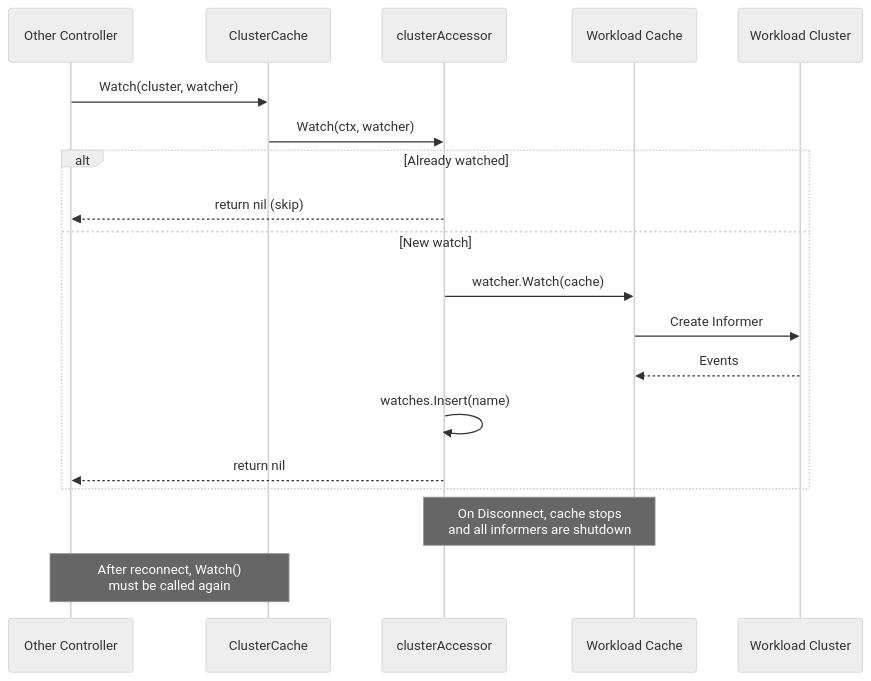
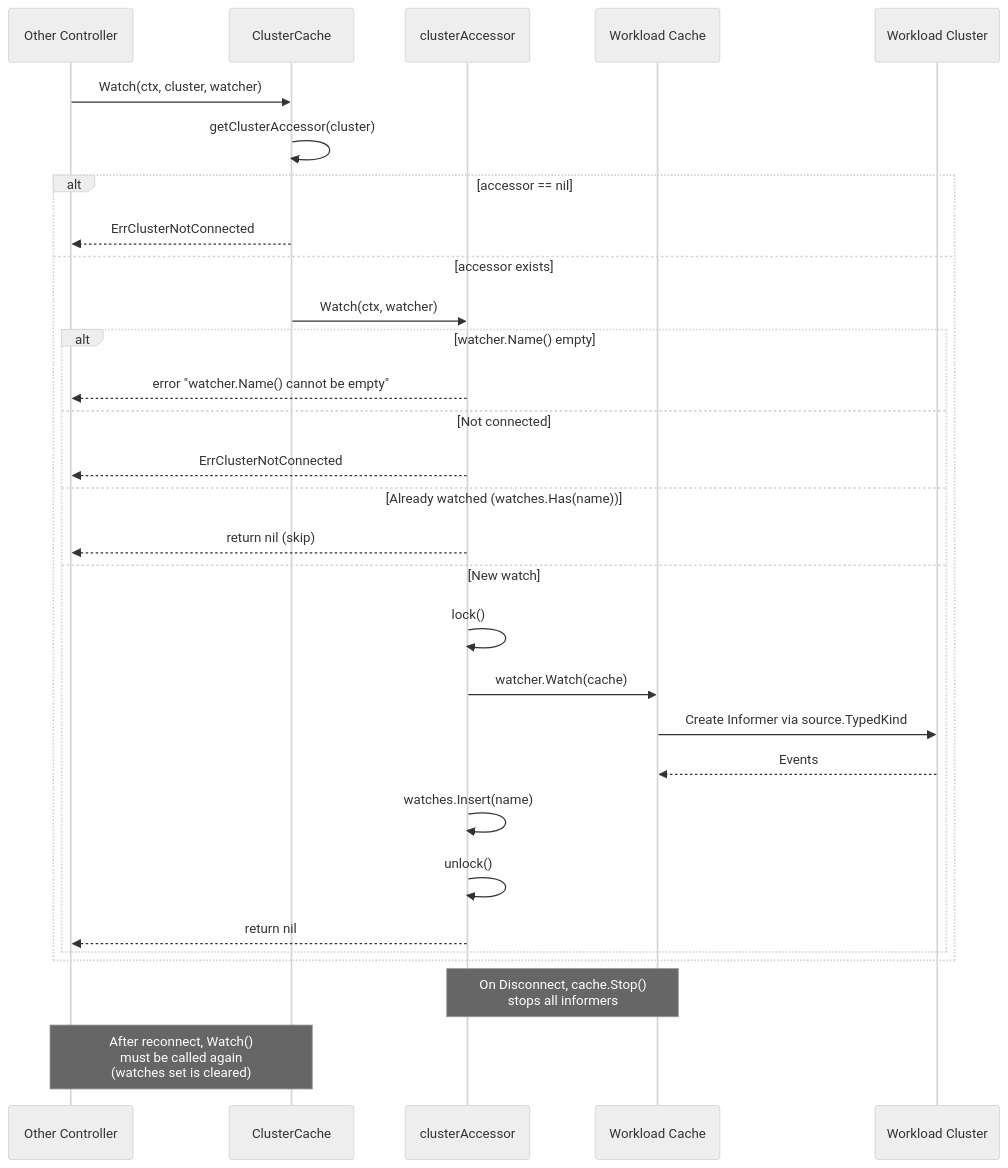
One commit to seanyen/cluster-api changed the third of 4 diagrams in ai-gen/controllers/clustercache-controller.md. Above: the diagram before and after it, drawn with Mermaid (neutral theme). The commit also changed other lines of this file and 5 other files, not shown here.

````diff
--- a/ai-gen/controllers/clustercache-controller.md
+++ b/ai-gen/controllers/clustercache-controller.md
@@ -142,25 +161,37 @@
 ```mermaid
 sequenceDiagram
     participant Controller as Other Controller
     participant CC as ClusterCache
     participant CA as clusterAccessor
     participant Cache as Workload Cache
     participant WC as Workload Cluster
     
-    Controller->>CC: Watch(cluster, watcher)
-    CC->>CA: Watch(ctx, watcher)
+    Controller->>CC: Watch(ctx, cluster, watcher)
+    CC->>CC: getClusterAccessor(cluster)
     
-    alt Already watched
-        CA-->>Controller: return nil (skip)
-    else New watch
-        CA->>Cache: watcher.Watch(cache)
-        Cache->>WC: Create Informer
-        WC-->>Cache: Events
-        CA->>CA: watches.Insert(name)
-        CA-->>Controller: return nil
+    alt accessor == nil
+        CC-->>Controller: ErrClusterNotConnected
+    else accessor exists
+        CC->>CA: Watch(ctx, watcher)
+        
+        alt watcher.Name() empty
+            CA-->>Controller: error "watcher.Name() cannot be empty"
+        else Not connected
+            CA-->>Controller: ErrClusterNotConnected
+        else Already watched (watches.Has(name))
+            CA-->>Controller: return nil (skip)
+        else New watch
+            CA->>CA: lock()
+            CA->>Cache: watcher.Watch(cache)
+            Cache->>WC: Create Informer via source.TypedKind
+            WC-->>Cache: Events
+            CA->>CA: watches.Insert(name)
+            CA->>CA: unlock()
+            CA-->>Controller: return nil
+        end
     end
     
-    Note over CA,Cache: On Disconnect, cache stops<br/>and all informers are shutdown
+    Note over CA,Cache: On Disconnect, cache.Stop()<br/>stops all informers
     
-    Note over Controller,CC: After reconnect, Watch()<br/>must be called again
+    Note over Controller,CC: After reconnect, Watch()<br/>must be called again<br/>(watches set is cleared)
 ```
````
